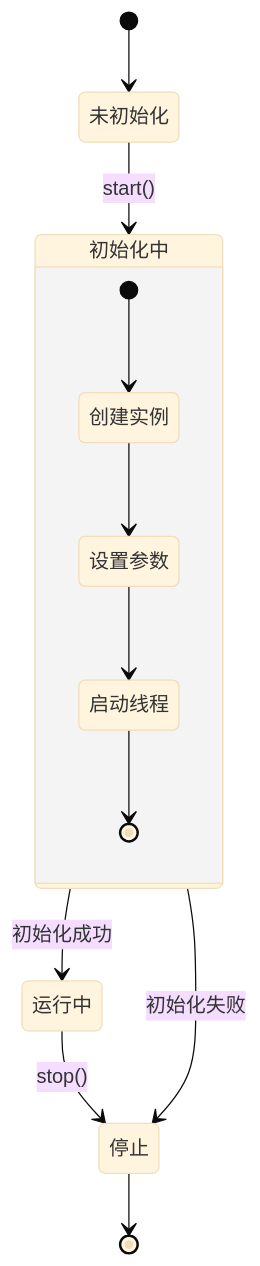
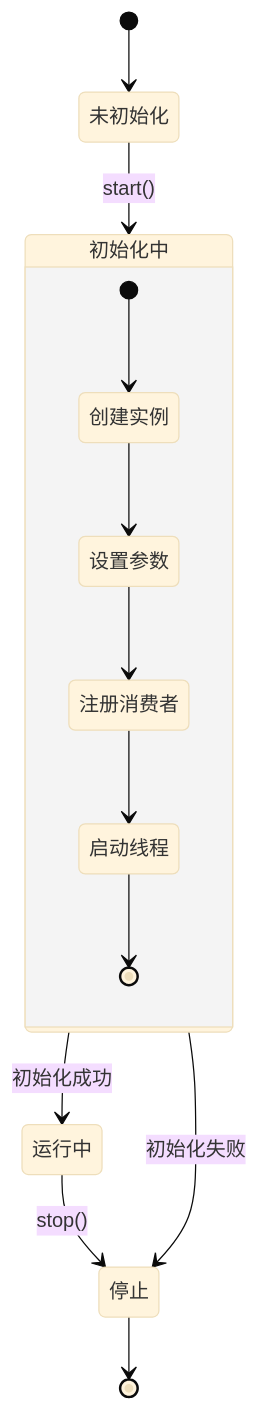
Before and after one commit to tsxuehu/pi-guard: diagram 11 of 13 in .qoder/repowiki/zh/content/C++ 代理程序/处理模块/编码器技术文档.md, drawn with Mermaid (base theme). The commit also changed other lines of this file and 10 other files, not shown here.

````diff
--- a/.qoder/repowiki/zh/content/C++ 代理程序/处理模块/编码器技术文档.md
+++ b/.qoder/repowiki/zh/content/C++ 代理程序/处理模块/编码器技术文档.md
@@ -426,15 +453,16 @@
 ```mermaid
 stateDiagram-v2
 [*] --> 未初始化
 未初始化 --> 初始化中 : start()
 初始化中 --> 运行中 : 初始化成功
 初始化中 --> 停止 : 初始化失败
 运行中 --> 停止 : stop()
 停止 --> [*]
 state 初始化中 {
 [*] --> 创建实例
 创建实例 --> 设置参数
-设置参数 --> 启动线程
+设置参数 --> 注册消费者
+注册消费者 --> 启动线程
 启动线程 --> [*]
 }
 ```
````
